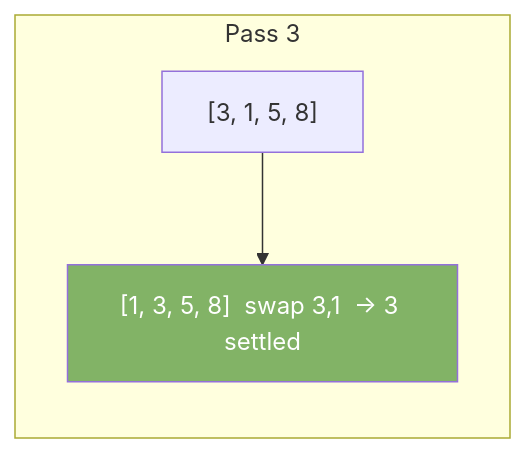
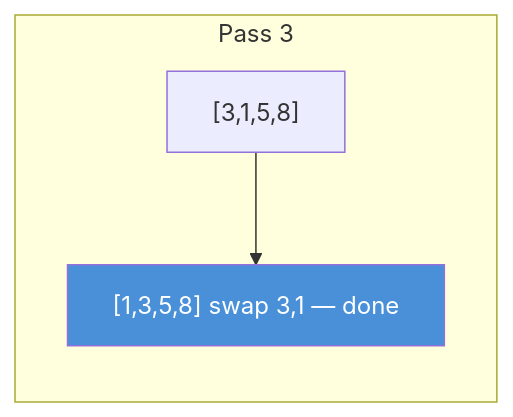
The third of 3 diagrams in docs/20-bubble-sort.md (valarpirai/software-enginneering), drawn with Mermaid before and after one commit. The commit also changed other lines of this file and 3 other files, not shown here.

````diff
--- a/docs/20-bubble-sort.md
+++ b/docs/20-bubble-sort.md
@@ -36,7 +52,7 @@
 ```mermaid
 graph LR
     subgraph "Pass 3"
-    A["[3, 1, 5, 8]"] --> B["[1, 3, 5, 8]  swap 3,1  → 3 settled"]
+    H["[3,1,5,8]"] --> I["[1,3,5,8]  swap 3,1 — done"]
     end
-    style B fill:#82b366,color:#fff
+    style I fill:#4a90d9,color:#fff
 ```
````
